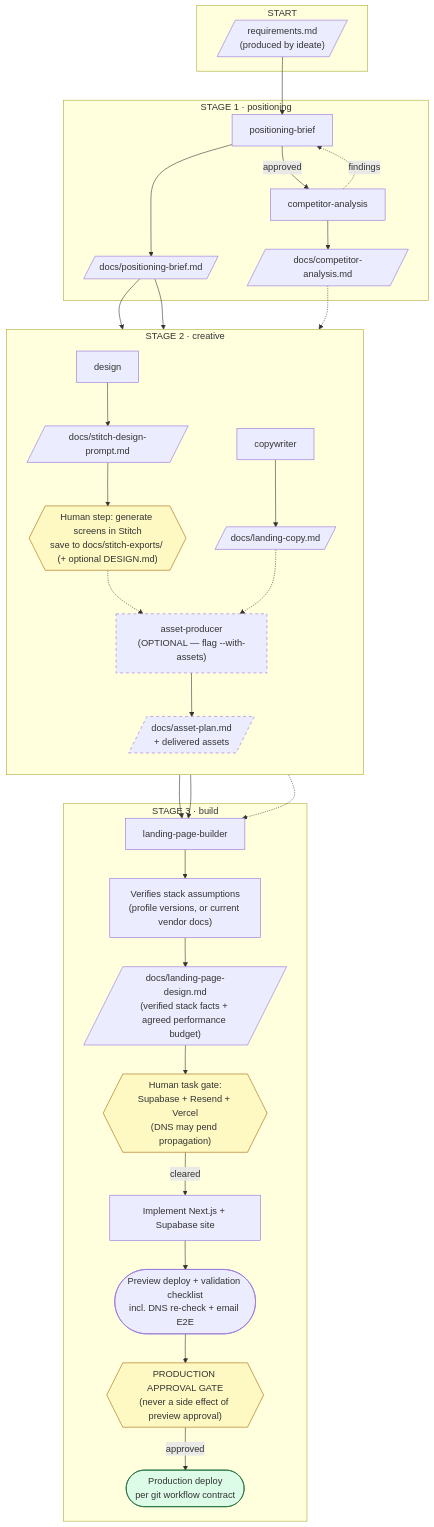
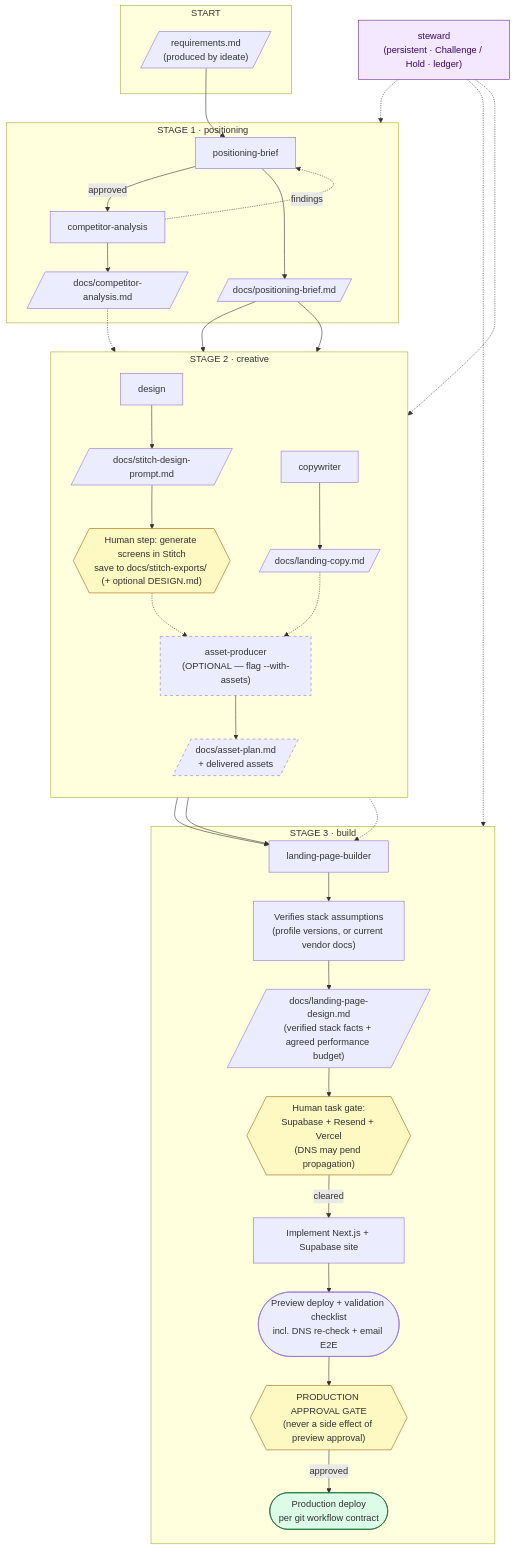
Before and after one commit to sjmeehan9/tycoon: the fourth of 11 diagrams in supporting-files/AGENT_FLOWS.md, drawn with Mermaid. The commit also changed other lines of this file and 79 other files, not shown here.

````diff
--- a/supporting-files/AGENT_FLOWS.md
+++ b/supporting-files/AGENT_FLOWS.md
@@ -101,57 +102,63 @@
 ```mermaid
 flowchart TD
     subgraph Start["START"]
         Reqs[/"requirements.md<br/>(produced by ideate)"/]
     end
 
     subgraph Positioning["STAGE 1 · positioning"]
         PB[positioning-brief]
         CA1[competitor-analysis]
         PB -->|approved| CA1
         CA1 -.->|findings| PB
         PB --> PBOut[/"docs/positioning-brief.md"/]
         CA1 --> CAOut[/"docs/competitor-analysis.md"/]
     end
 
     subgraph Creative["STAGE 2 · creative"]
         direction TB
         Design[design]
         Copy[copywriter]
         StitchGate{{"Human step: generate screens in Stitch<br/>save to docs/stitch-exports/ (+ optional DESIGN.md)"}}
         Asset["asset-producer<br/>(OPTIONAL — flag --with-assets)"]
         Design --> StitchOut[/"docs/stitch-design-prompt.md"/]
         Copy --> CopyOut[/"docs/landing-copy.md"/]
         StitchOut --> StitchGate
         StitchGate -.-> Asset
         CopyOut -.-> Asset
         Asset --> AssetOut[/"docs/asset-plan.md<br/>+ delivered assets"/]
     end
 
     subgraph Build["STAGE 3 · build"]
         LPB[landing-page-builder]
         Verify["Verifies stack assumptions<br/>(profile versions, or current vendor docs)"]
         Gate{{"Human task gate:<br/>Supabase + Resend + Vercel<br/>(DNS may pend propagation)"}}
         LPB --> Verify
         Verify --> Design2[/"docs/landing-page-design.md<br/>(verified stack facts + agreed performance budget)"/]
         Design2 --> Gate
         Gate -->|cleared| Impl["Implement Next.js + Supabase site"]
         Impl --> Preview([Preview deploy + validation checklist<br/>incl. DNS re-check + email E2E])
         Preview --> ProdGate{{"PRODUCTION APPROVAL GATE<br/>(never a side effect of preview approval)"}}
         ProdGate -->|approved| Prod([Production deploy<br/>per git workflow contract])
     end
 
     Reqs --> PB
     PBOut --> Design
     PBOut --> Copy
     CAOut -.-> Copy
     CopyOut --> LPB
     StitchGate --> LPB
     AssetOut -.-> LPB
 
+    Steward["steward<br/>(persistent · Challenge / Hold · ledger)"]
+    Steward -.-> Positioning
+    Steward -.-> Creative
+    Steward -.-> Build
+
+    style Steward fill:#f3e8ff,stroke:#6b21a8,color:#3b0764
     style Asset stroke-dasharray: 5 5
     style AssetOut stroke-dasharray: 5 5
     style StitchGate fill:#fef9c3,stroke:#a16207
     style Gate fill:#fef9c3,stroke:#a16207
     style ProdGate fill:#fef9c3,stroke:#a16207
     style Prod fill:#dcfce7,stroke:#166534
 ```
````
